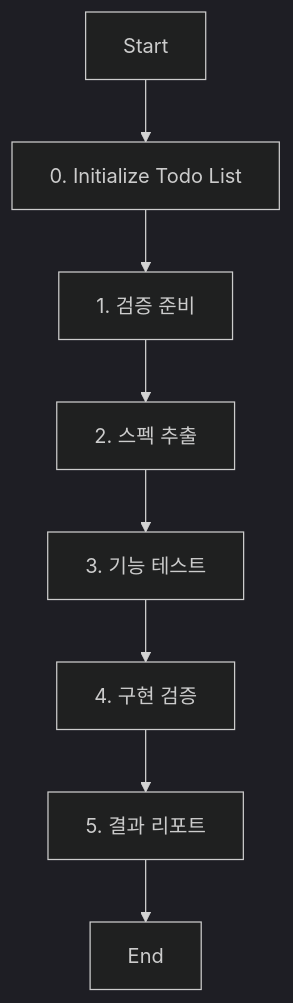
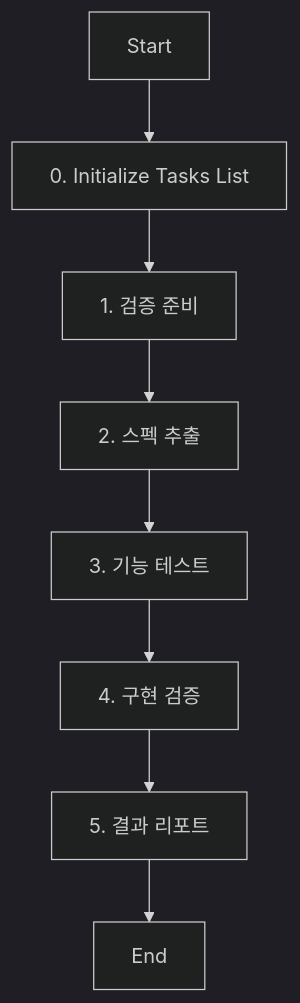
Before and after one commit to ksm0709/dotfiles: the diagram in opencode/config/agent/qa.md, drawn with Mermaid (dark theme). The commit also changed other lines of this file and 9 other files, not shown here.

````diff
--- a/opencode/config/agent/qa.md
+++ b/opencode/config/agent/qa.md
@@ -45,10 +44,10 @@
 ```mermaid
 graph TD
-    Start[Start] --> Init[0. Initialize Todo List]
+    Start[Start] --> Init[0. Initialize Tasks List]
     Init --> Prepare[1. 검증 준비]
     Prepare --> Extract[2. 스펙 추출]
     Extract --> Test[3. 기능 테스트]
     Test --> Verify[4. 구현 검증]
     Verify --> Report[5. 결과 리포트]
     Report --> End[End]
 ```
````
